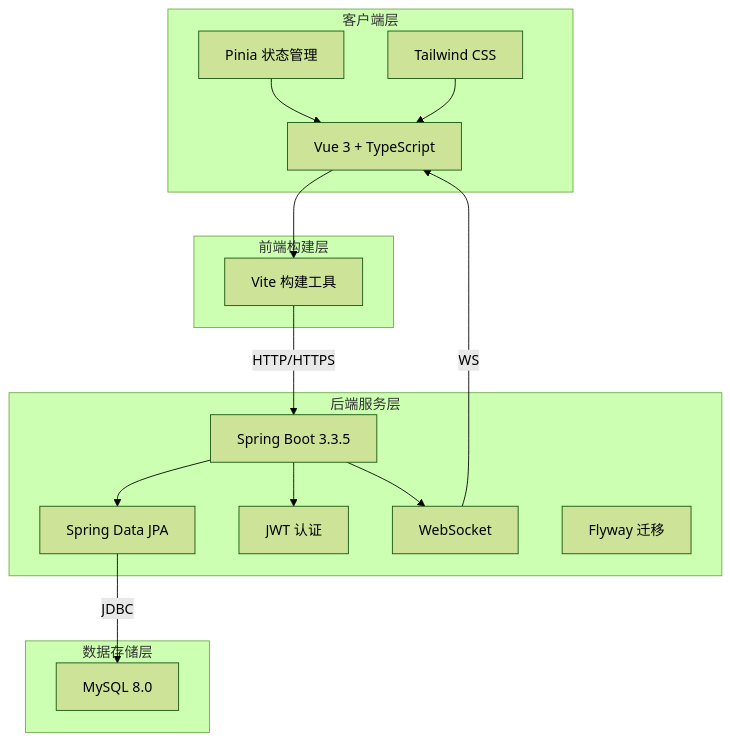
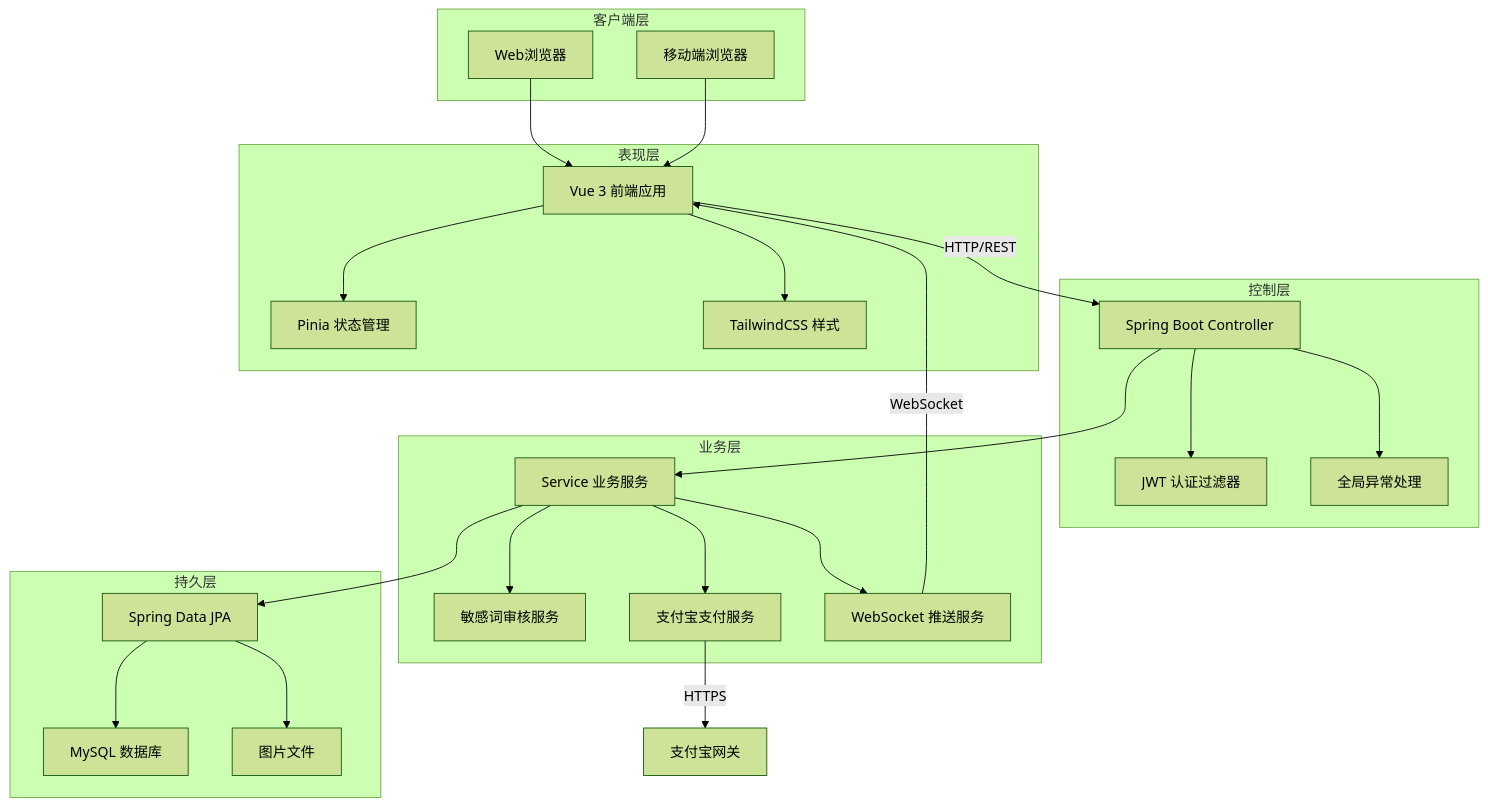
Before and after one commit to wxb09/nerbi: the first of 2 diagrams in 论文/4.1系统总体架构设计.md, drawn with Mermaid (forest theme). The commit also changed other lines of this file and 40 other files, not shown here.

````diff
--- a/论文/4.1系统总体架构设计.md
+++ b/论文/4.1系统总体架构设计.md
@@ -23,34 +13,49 @@
 ```mermaid
 graph TB
     subgraph 客户端层
-        A[Vue 3 + TypeScript]
-        B[Pinia 状态管理]
-        C[Tailwind CSS]
+        A[Web浏览器]
+        B[移动端浏览器]
     end
 
-    subgraph 前端构建层
-        D[Vite 构建工具]
+    subgraph 表现层
+        C[Vue 3 前端应用]
+        D[Pinia 状态管理]
+        E[TailwindCSS 样式]
     end
 
-    subgraph 后端服务层
-        E[Spring Boot 3.3.5]
-        F[Spring Data JPA]
-        G[JWT 认证]
-        H[WebSocket]
-        I[Flyway 迁移]
+    subgraph 控制层
+        F[Spring Boot Controller]
+        G[JWT 认证过滤器]
+        H[全局异常处理]
     end
 
-    subgraph 数据存储层
-        J[MySQL 8.0]
+    subgraph 业务层
+        I[Service 业务服务]
+        J[敏感词审核服务]
+        K[支付宝支付服务]
+        L[WebSocket 推送服务]
     end
 
-    A --> D
-    B --> A
-    C --> A
-    D -->|HTTP/HTTPS| E
-    E --> F
-    E --> G
-    E --> H
-    F -->|JDBC| J
-    H -->|WS| A
+    subgraph 持久层
+        M[Spring Data JPA]
+        N[MySQL 数据库]
+        O[本地文件存储]
+    end
+
+    A --> C
+    B --> C
+    C --> D
+    C --> E
+    C -->|HTTP/REST| F
+    F --> G
+    F --> H
+    F --> I
+    I --> J
+    I --> K
+    I --> L
+    I --> M
+    M --> N
+    K -->|HTTPS| P[支付宝网关]
+    L -->|WebSocket| C
+    M --> O[图片文件]
 ```
````
